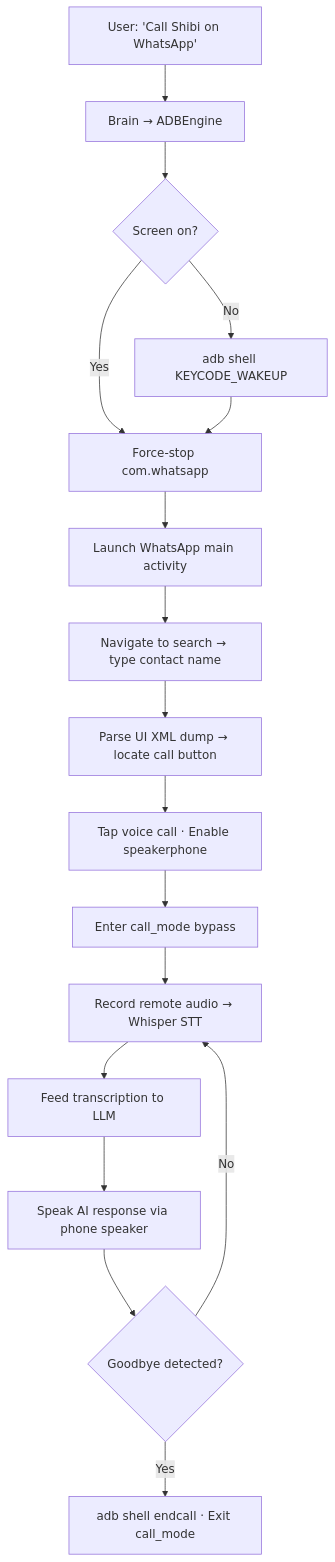
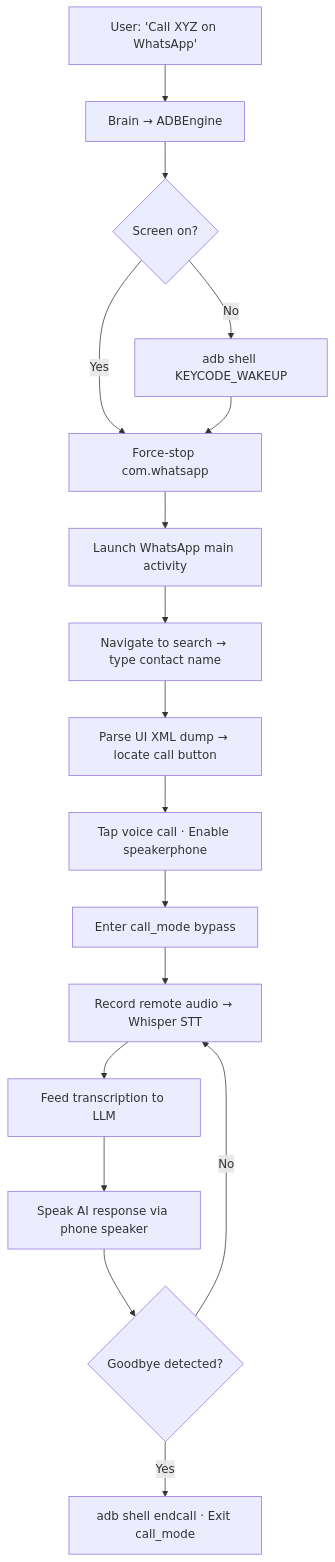
The third of 3 diagrams in README.md (SaiSiddharthBS/Captain_AI), drawn with Mermaid before and after one commit.

Commit message:
Update call command in README for WhatsApp

````diff
--- a/README.md
+++ b/README.md
@@ -131,19 +131,19 @@
 ```mermaid
 flowchart TD
-    A["User: 'Call Shibi on WhatsApp'"] --> B["Brain → ADBEngine"]
+    A["User: 'Call XYZ on WhatsApp'"] --> B["Brain → ADBEngine"]
     B --> C{"Screen on?"}
     C -->|No| D["adb shell KEYCODE_WAKEUP"]
     C -->|Yes| E["Force-stop com.whatsapp"]
     D --> E
     E --> F["Launch WhatsApp main activity"]
     F --> G["Navigate to search → type contact name"]
     G --> H["Parse UI XML dump → locate call button"]
     H --> I["Tap voice call · Enable speakerphone"]
     I --> J["Enter call_mode bypass"]
     J --> K["Record remote audio → Whisper STT"]
     K --> L["Feed transcription to LLM"]
     L --> M["Speak AI response via phone speaker"]
     M --> N{"Goodbye detected?"}
     N -->|No| K
     N -->|Yes| O["adb shell endcall · Exit call_mode"]
 ```
````
